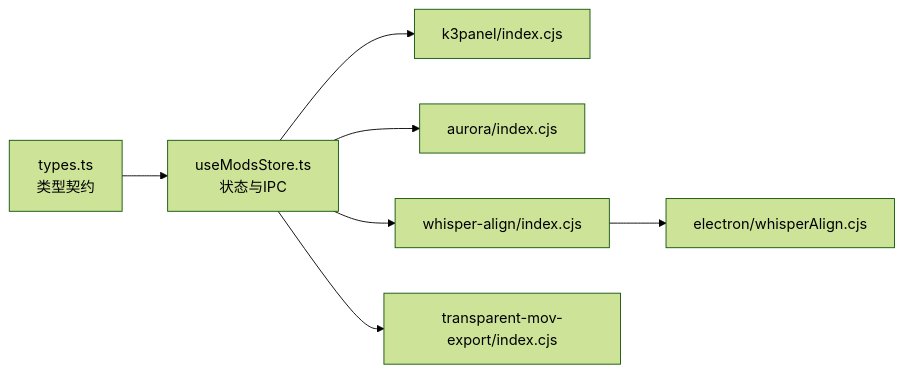
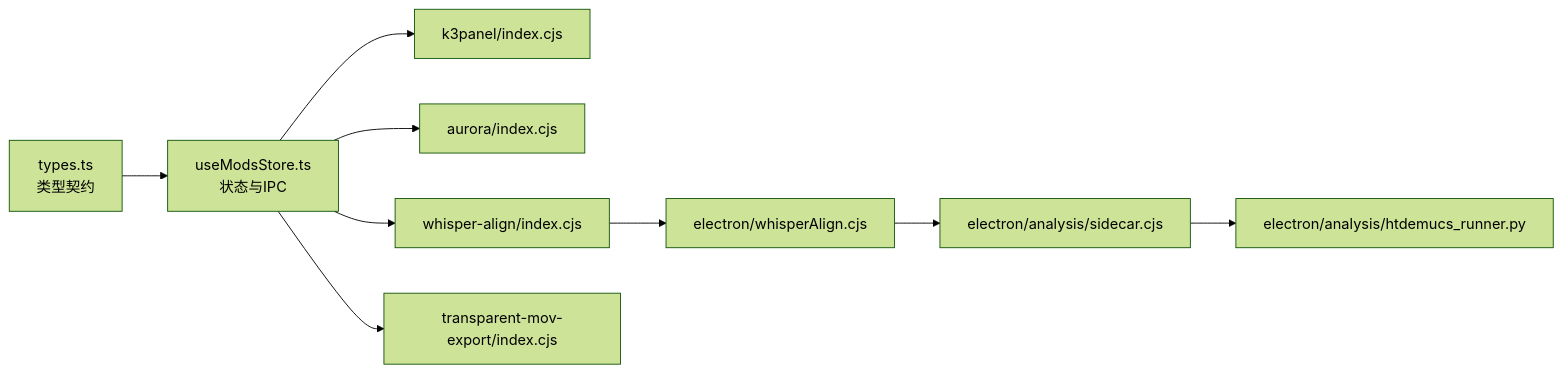
One commit to nonemarks/folia_player changed the eighth of 8 diagrams in .qoder/repowiki/zh/content/模组系统/内置模组详解/内置模组详解.md. Above: the diagram before and after it, drawn with Mermaid (forest theme). The commit also changed other lines of this file and 4 other files, not shown here.

````diff
--- a/.qoder/repowiki/zh/content/模组系统/内置模组详解/内置模组详解.md
+++ b/.qoder/repowiki/zh/content/模组系统/内置模组详解/内置模组详解.md
@@ -276,9 +321,11 @@
 ```mermaid
 graph LR
 T["types.ts<br/>类型契约"] --> S["useModsStore.ts<br/>状态与IPC"]
 S --> M1["k3panel/index.cjs"]
 S --> M2["aurora/index.cjs"]
 S --> M3["whisper-align/index.cjs"]
 S --> M4["transparent-mov-export/index.cjs"]
 M3 --> E["electron/whisperAlign.cjs"]
+E --> SC["electron/analysis/sidecar.cjs"]
+SC --> PY["electron/analysis/htdemucs_runner.py"]
 ```
````
